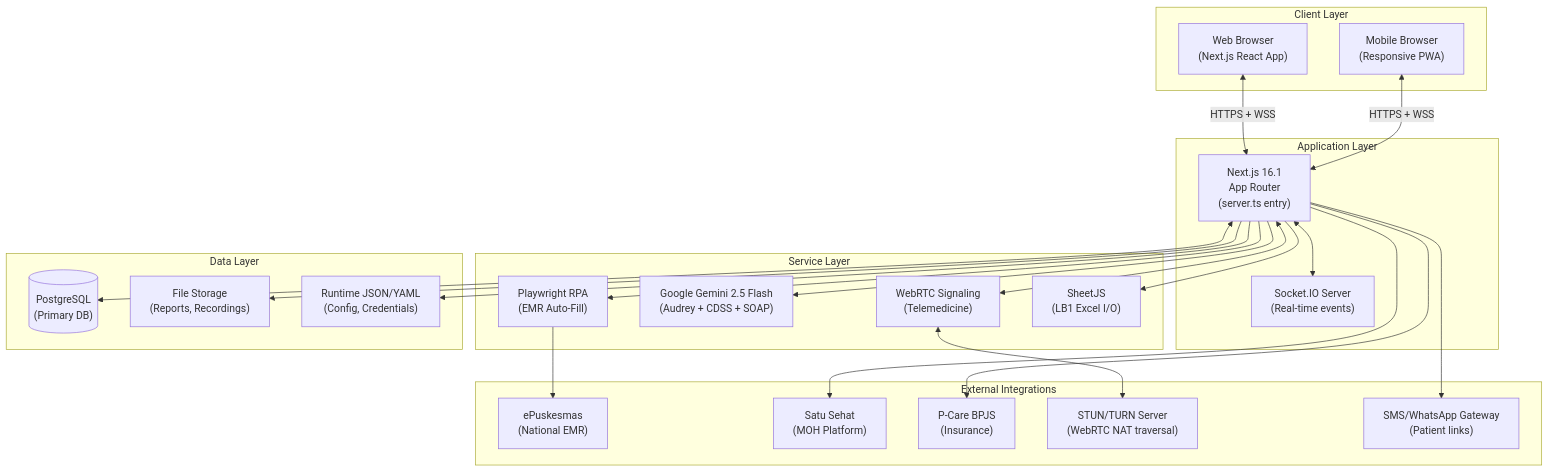
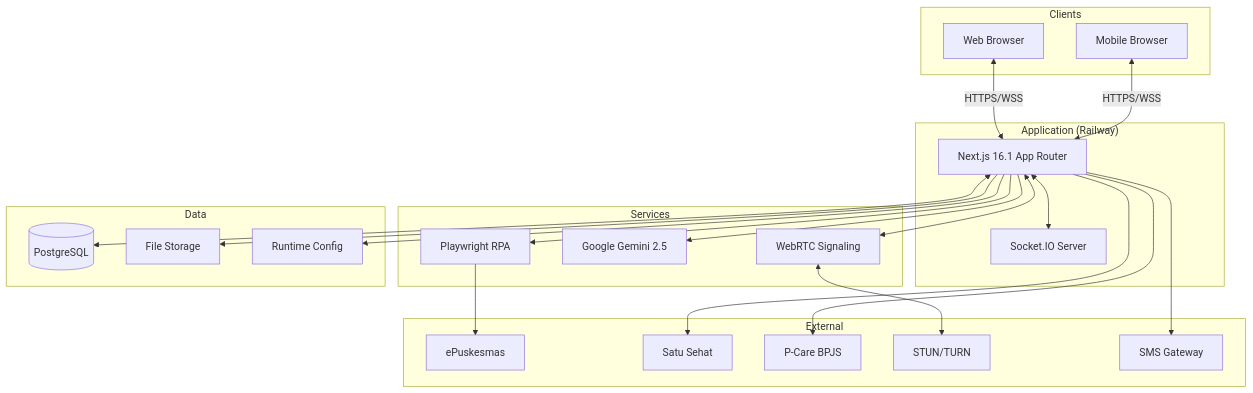
The sixth of 18 diagrams in README.md (Avvicenna/intelligenceboard), drawn with Mermaid before and after one commit. The commit also changed other lines of this file, not shown here.

````diff
--- a/README.md
+++ b/README.md
@@ -840,49 +462,47 @@
 ```mermaid
 graph TB
-    subgraph Client Layer
-        Browser["Web Browser\n(Next.js React App)"]
-        Mobile["Mobile Browser\n(Responsive PWA)"]
+    subgraph Clients
+        Browser[Web Browser]
+        Mobile[Mobile Browser]
     end
 
-    subgraph Application Layer
-        NextApp["Next.js 16.1\nApp Router\n(server.ts entry)"]
-        SocketIO["Socket.IO Server\n(Real-time events)"]
+    subgraph App["Application (Railway)"]
+        NextJS[Next.js 16.1 App Router]
+        SocketIO[Socket.IO Server]
     end
 
-    subgraph Service Layer
-        RPA["Playwright RPA\n(EMR Auto-Fill)"]
-        GeminiAI["Google Gemini 2.5 Flash\n(Audrey + CDSS + SOAP)"]
-        WebRTC["WebRTC Signaling\n(Telemedicine)"]
-        SheetJS["SheetJS\n(LB1 Excel I/O)"]
+    subgraph Services
+        RPA[Playwright RPA]
+        Gemini[Google Gemini 2.5]
+        WebRTC[WebRTC Signaling]
     end
 
-    subgraph Data Layer
-        PostgreSQL[("PostgreSQL\n(Primary DB)")]
-        FileStore["File Storage\n(Reports, Recordings)"]
-        RuntimeJSON["Runtime JSON/YAML\n(Config, Credentials)"]
+    subgraph Data
+        PG[(PostgreSQL)]
+        Files[File Storage]
+        Runtime[Runtime Config]
     end
 
-    subgraph External Integrations
-        ePuskesmas["ePuskesmas\n(National EMR)"]
-        SatuSehat["Satu Sehat\n(MOH Platform)"]
-        BPJS["P-Care BPJS\n(Insurance)"]
-        TURN["STUN/TURN Server\n(WebRTC NAT traversal)"]
-        SMS["SMS/WhatsApp Gateway\n(Patient links)"]
+    subgraph External
+        ePusk[ePuskesmas]
+        SatuSehat[Satu Sehat]
+        BPJS[P-Care BPJS]
+        TURN[STUN/TURN]
+        SMS[SMS Gateway]
     end
 
-    Browser <-->|HTTPS + WSS| NextApp
-    Mobile <-->|HTTPS + WSS| NextApp
-    NextApp <--> SocketIO
-    NextApp --> RPA
-    NextApp --> GeminiAI
-    NextApp <--> WebRTC
-    NextApp --> SheetJS
-    NextApp <--> PostgreSQL
-    NextApp --> FileStore
-    NextApp --> RuntimeJSON
-    RPA --> ePuskesmas
-    NextApp --> SatuSehat
-    NextApp --> BPJS
+    Browser <-->|HTTPS/WSS| NextJS
+    Mobile <-->|HTTPS/WSS| NextJS
+    NextJS <--> SocketIO
+    NextJS --> RPA
+    NextJS --> Gemini
+    NextJS <--> WebRTC
+    NextJS <--> PG
+    NextJS --> Files
+    NextJS --> Runtime
+    RPA --> ePusk
+    NextJS --> SatuSehat
+    NextJS --> BPJS
     WebRTC <--> TURN
-    NextApp --> SMS
+    NextJS --> SMS
 ```
````
